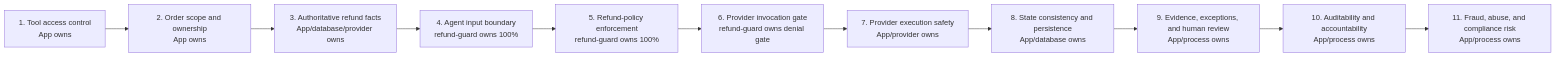
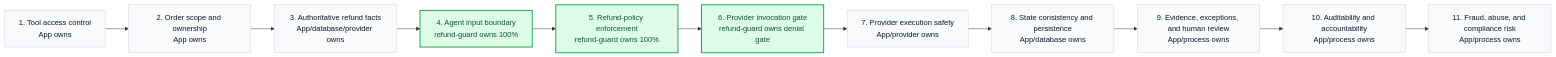
Before and after one commit to MattMessinger1/agentic_refund_guardrail: the diagram in README.md, drawn with Mermaid. The commit also changed other lines of this file and 3 other files, not shown here.

Commit message:
highlight refund guard coverage

````diff
--- a/README.md
+++ b/README.md
@@ -31,13 +33,18 @@
 ```mermaid
 flowchart LR
   A["1. Tool access control<br/>App owns"] --> B["2. Order scope and ownership<br/>App owns"]
   B --> C["3. Authoritative refund facts<br/>App/database/provider owns"]
   C --> D["4. Agent input boundary<br/>refund-guard owns 100%"]
   D --> E["5. Refund-policy enforcement<br/>refund-guard owns 100%"]
   E --> F["6. Provider invocation gate<br/>refund-guard owns denial gate"]
   F --> G["7. Provider execution safety<br/>App/provider owns"]
   G --> H["8. State consistency and persistence<br/>App/database owns"]
   H --> I["9. Evidence, exceptions, and human review<br/>App/process owns"]
   I --> J["10. Auditability and accountability<br/>App/process owns"]
   J --> K["11. Fraud, abuse, and compliance risk<br/>App/process owns"]
+
+  class D,E,F refundGuard
+  class A,B,C,G,H,I,J,K appOwned
+  classDef refundGuard fill:#dcfce7,stroke:#16a34a,stroke-width:2px,color:#14532d;
+  classDef appOwned fill:#f8fafc,stroke:#cbd5e1,color:#0f172a;
 ```
````
